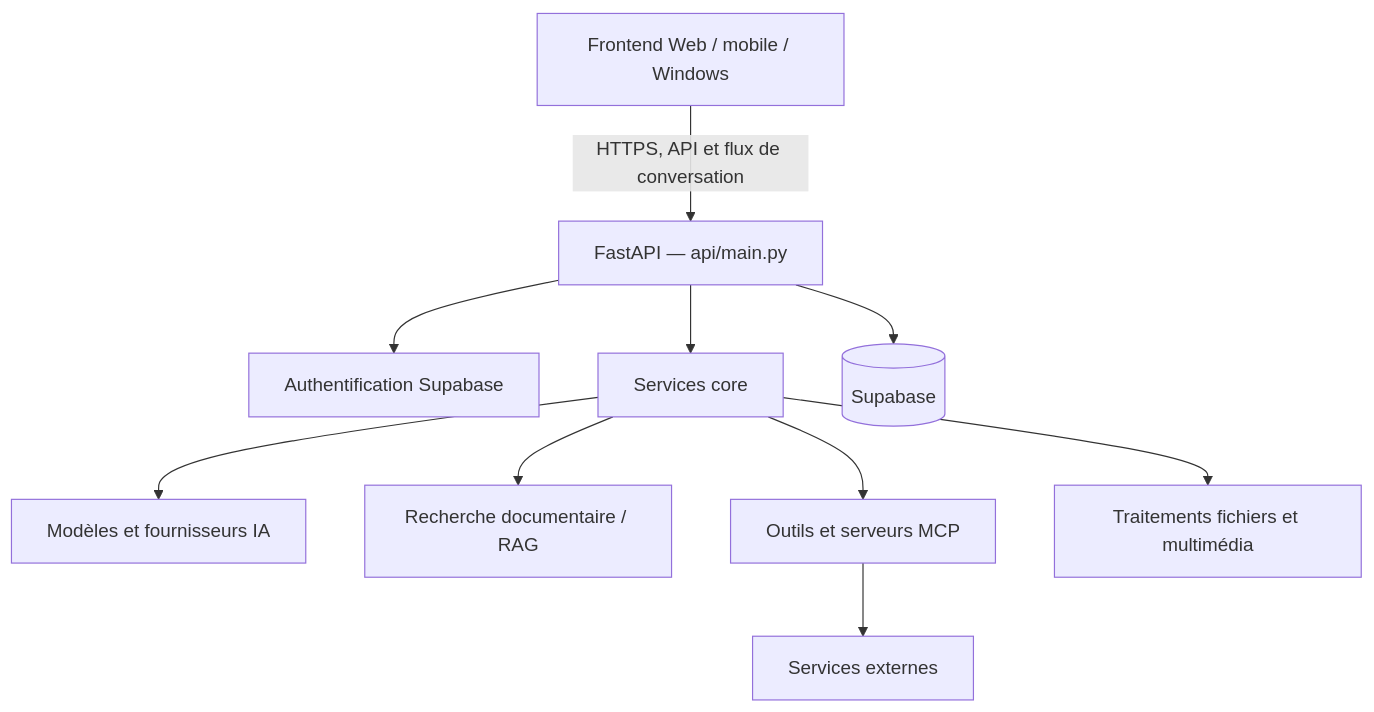
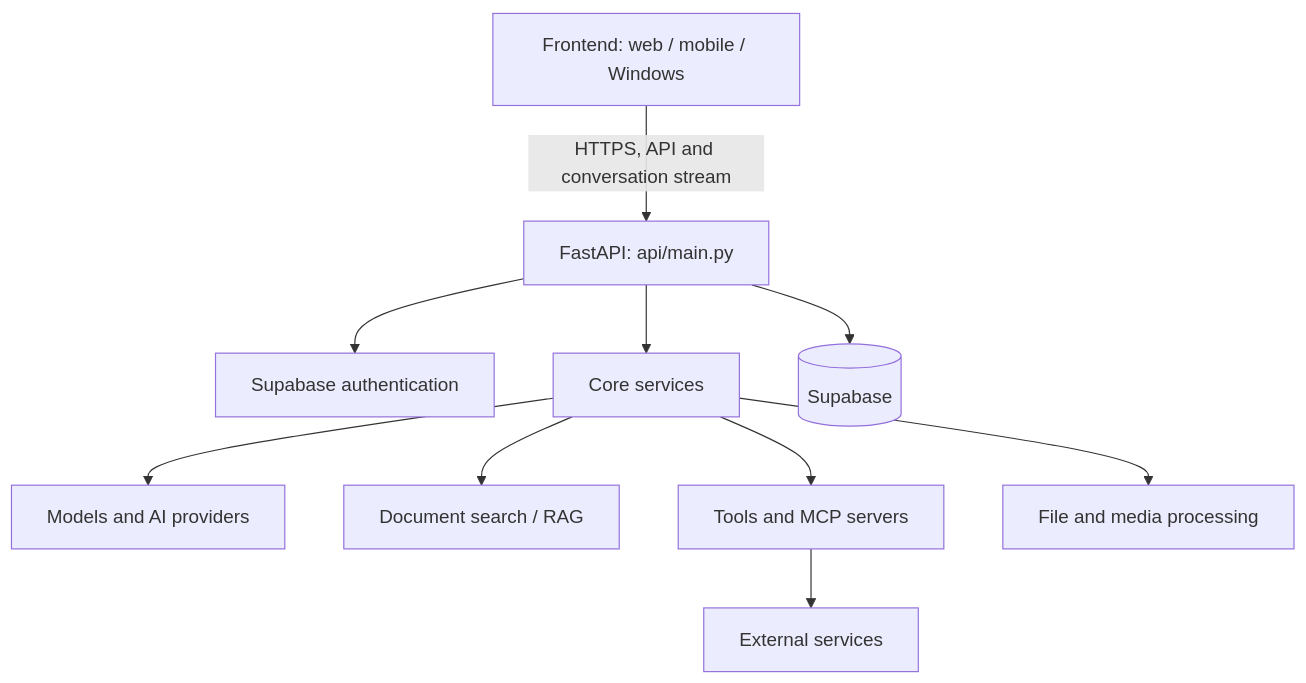
The diagram in docs/ARCHITECTURE.md (petitboura/classinus-backend), drawn with Mermaid before and after one commit. The commit also changed other lines of this file and 41 other files, not shown here.

````diff
--- a/docs/ARCHITECTURE.md
+++ b/docs/ARCHITECTURE.md
@@ -9,12 +13,12 @@
 ```mermaid
 flowchart TD
-    F[Frontend Web / mobile / Windows] -->|HTTPS, API et flux de conversation| A[FastAPI — api/main.py]
-    A --> AU[Authentification Supabase]
-    A --> C[Services core]
-    C --> L[Modèles et fournisseurs IA]
-    C --> R[Recherche documentaire / RAG]
-    C --> M[Outils et serveurs MCP]
-    C --> P[Traitements fichiers et multimédia]
+    F[Frontend: web / mobile / Windows] -->|HTTPS, API and conversation stream| A[FastAPI: api/main.py]
+    A --> AU[Supabase authentication]
+    A --> C[Core services]
+    C --> L[Models and AI providers]
+    C --> R[Document search / RAG]
+    C --> M[Tools and MCP servers]
+    C --> P[File and media processing]
     A --> DB[(Supabase)]
-    M --> X[Services externes]
+    M --> X[External services]
 ```
````
